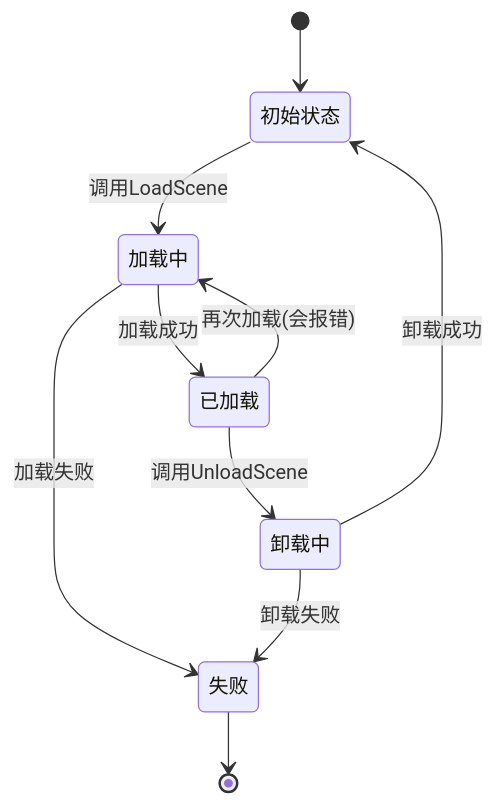
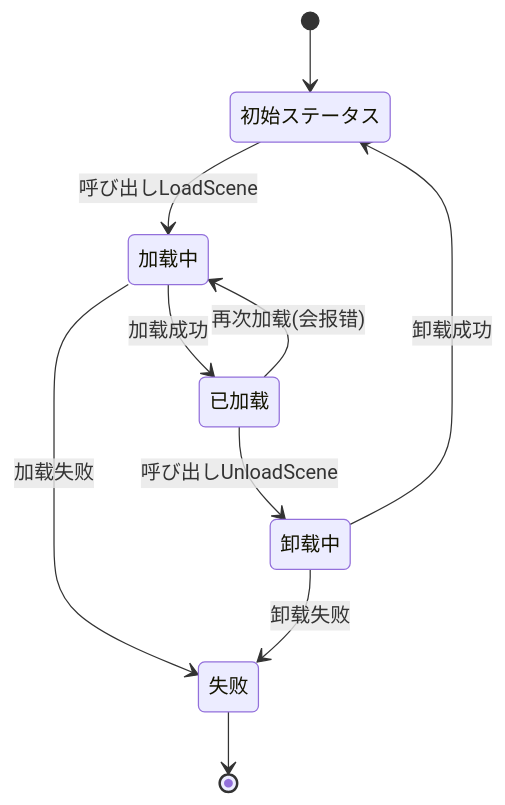
One commit to AlianBlank/GameFrameX.Docs changed the second of 3 diagrams in docs/ja/client/unity/component/scene/01.overview.md. Above: the diagram before and after it, drawn with Mermaid. The commit also changed other lines of this file and 603 other files, not shown here.

````diff
--- a/docs/ja/client/unity/component/scene/01.overview.md
+++ b/docs/ja/client/unity/component/scene/01.overview.md
@@ -97,16 +97,16 @@
 ```mermaid
 stateDiagram-v2
-    [*] --> 初始状态
+    [*] --> 初始ステータス
     
-    初始状态 --> 加载中: 调用LoadScene
+    初始ステータス --> 加载中: 呼び出しLoadScene
     加载中 --> 已加载: 加载成功
     加载中 --> 失败: 加载失败
     
-    已加载 --> 卸载中: 调用UnloadScene
-    卸载中 --> 初始状态: 卸载成功
+    已加载 --> 卸载中: 呼び出しUnloadScene
+    卸载中 --> 初始ステータス: 卸载成功
     卸载中 --> 失败: 卸载失败
     
     已加载 --> 加载中: 再次加载(会报错)
     
     失败 --> [*]
 ```
````
